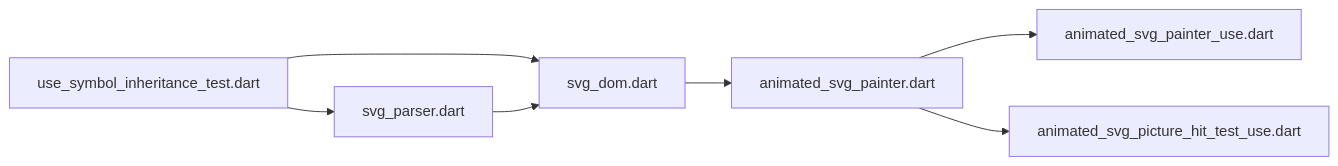
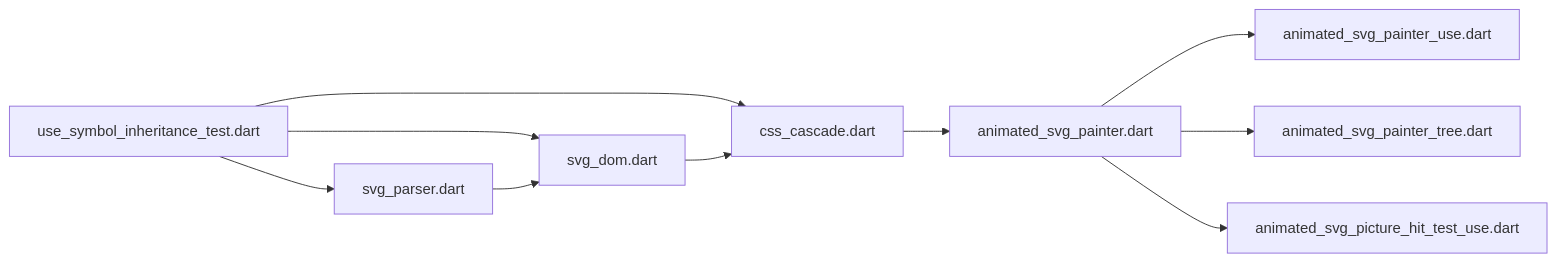
One commit to denisnadey/flutter_full_svg_support changed the tenth of 10 diagrams in .qoder/repowiki/en/content/Advanced Features/Use Element Symbol Inheritance.md. Above: the diagram before and after it, drawn with Mermaid. The commit also changed other lines of this file and 30 other files, not shown here.

First line of the commit message:
feat(svg): enhance use element symbol inheritance with full CSS cascade support

````diff
--- a/.qoder/repowiki/en/content/Advanced Features/Use Element Symbol Inheritance.md
+++ b/.qoder/repowiki/en/content/Advanced Features/Use Element Symbol Inheritance.md
@@ -319,9 +455,12 @@
 ```mermaid
 graph LR
 Tests["use_symbol_inheritance_test.dart"] --> Parser["svg_parser.dart"]
+Tests --> CSS["css_cascade.dart"]
 Tests --> DOM["svg_dom.dart"]
 Parser --> DOM
-DOM --> Painter["animated_svg_painter.dart"]
+DOM --> CSS
+CSS --> Painter["animated_svg_painter.dart"]
 Painter --> UseExt["animated_svg_painter_use.dart"]
+Painter --> TreeExt["animated_svg_painter_tree.dart"]
 Painter --> HitExt["animated_svg_picture_hit_test_use.dart"]
 ```
````
